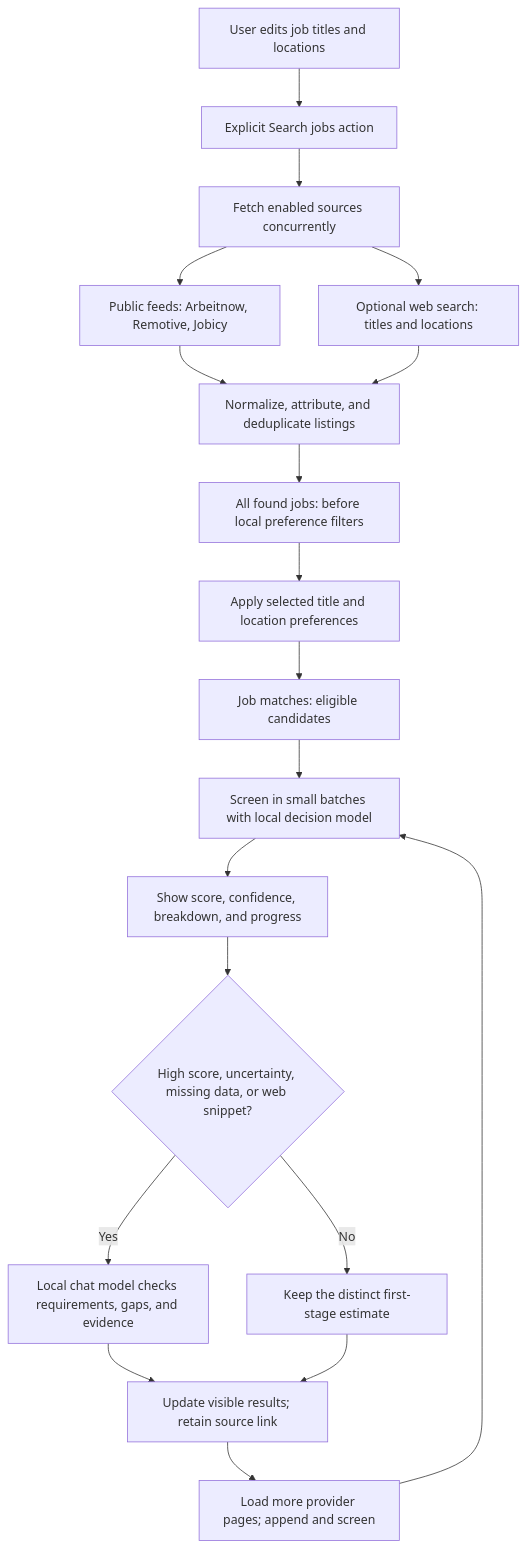
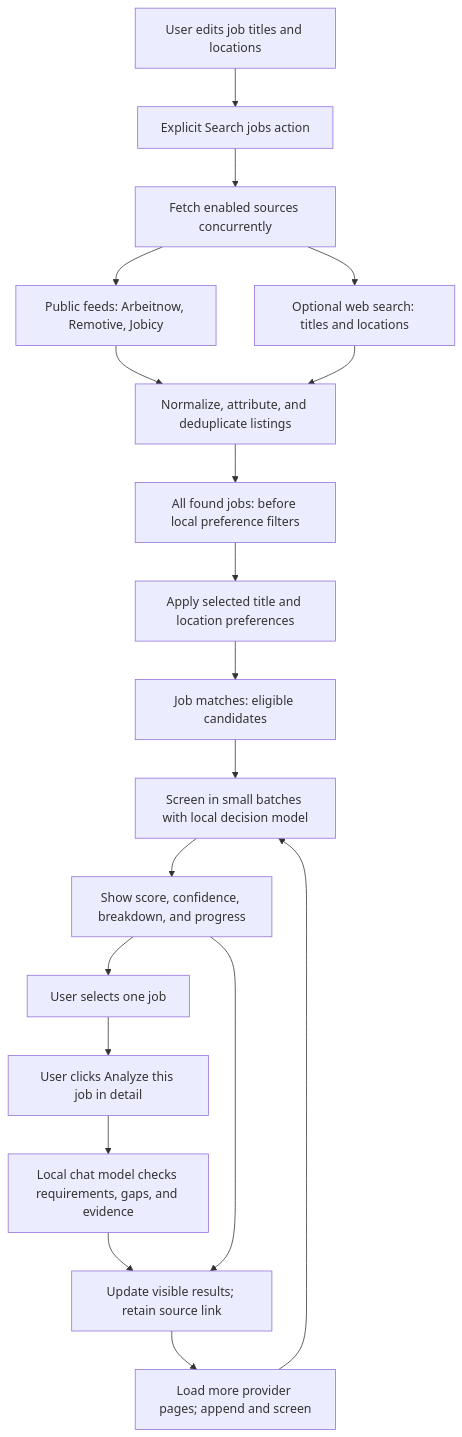
One commit to sinariazi/jobpilot changed the second of 4 diagrams in README.md. Above: the diagram before and after it, drawn with Mermaid. The commit also changed other lines of this file and 6 other files, not shown here.

Commit message:
Run detailed job analysis only on request

````diff
--- a/README.md
+++ b/README.md
@@ -191,21 +191,21 @@
 ```mermaid
 flowchart TB
     preferences["User edits job titles and locations"] --> request["Explicit Search jobs action"]
     request --> gather["Fetch enabled sources concurrently"]
     gather --> public["Public feeds: Arbeitnow, Remotive, Jobicy"]
     gather --> optional["Optional web search: titles and locations"]
     public --> normalize["Normalize, attribute, and deduplicate listings"]
     optional --> normalize
     normalize --> pool["All found jobs: before local preference filters"]
     pool --> filter["Apply selected title and location preferences"]
     filter --> eligible["Job matches: eligible candidates"]
     eligible --> batch["Screen in small batches with local decision model"]
     batch --> score["Show score, confidence, breakdown, and progress"]
-    score --> route{"High score, uncertainty, missing data, or web snippet?"}
-    route -->|"Yes"| detail["Local chat model checks requirements, gaps, and evidence"]
-    route -->|"No"| estimate["Keep the distinct first-stage estimate"]
+    score --> select["User selects one job"]
+    select --> detailRequest["User clicks Analyze this job in detail"]
+    detailRequest --> detail["Local chat model checks requirements, gaps, and evidence"]
     detail --> results["Update visible results; retain source link"]
-    estimate --> results
+    score --> results
     results --> more["Load more provider pages; append and screen"]
     more --> batch
 ```
````
